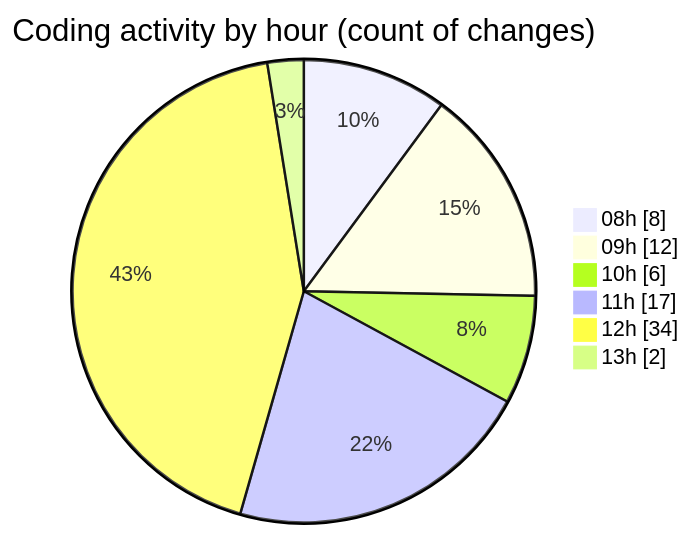
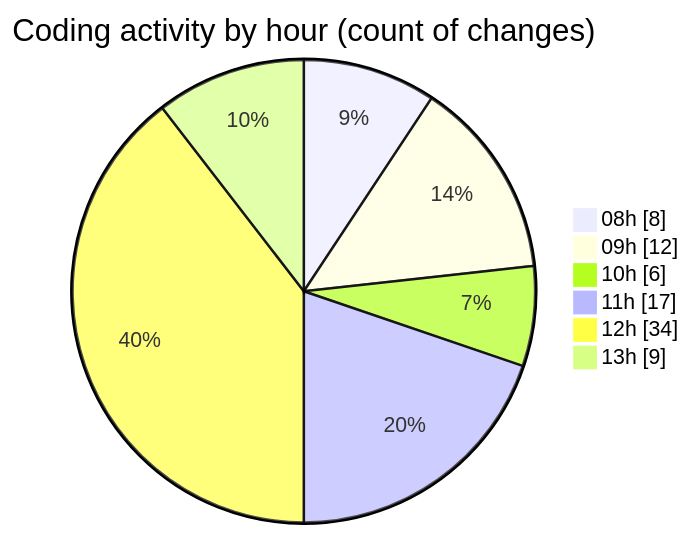
One commit to momahboobian/code-tracking changed the second of 2 diagrams in 2025-09-15/cda/README.md. Above: the diagram before and after it, drawn with Mermaid. The commit also changed other lines of this file and 1 other file, not shown here.

````diff
--- a/2025-09-15/cda/README.md
+++ b/2025-09-15/cda/README.md
@@ -35,10 +35,10 @@
 ```mermaid
 pie showData
 title Coding activity by hour (count of changes)
 "08h" : 8
 "09h" : 12
 "10h" : 6
 "11h" : 17
 "12h" : 34
-"13h" : 2
+"13h" : 9
 ```
````
